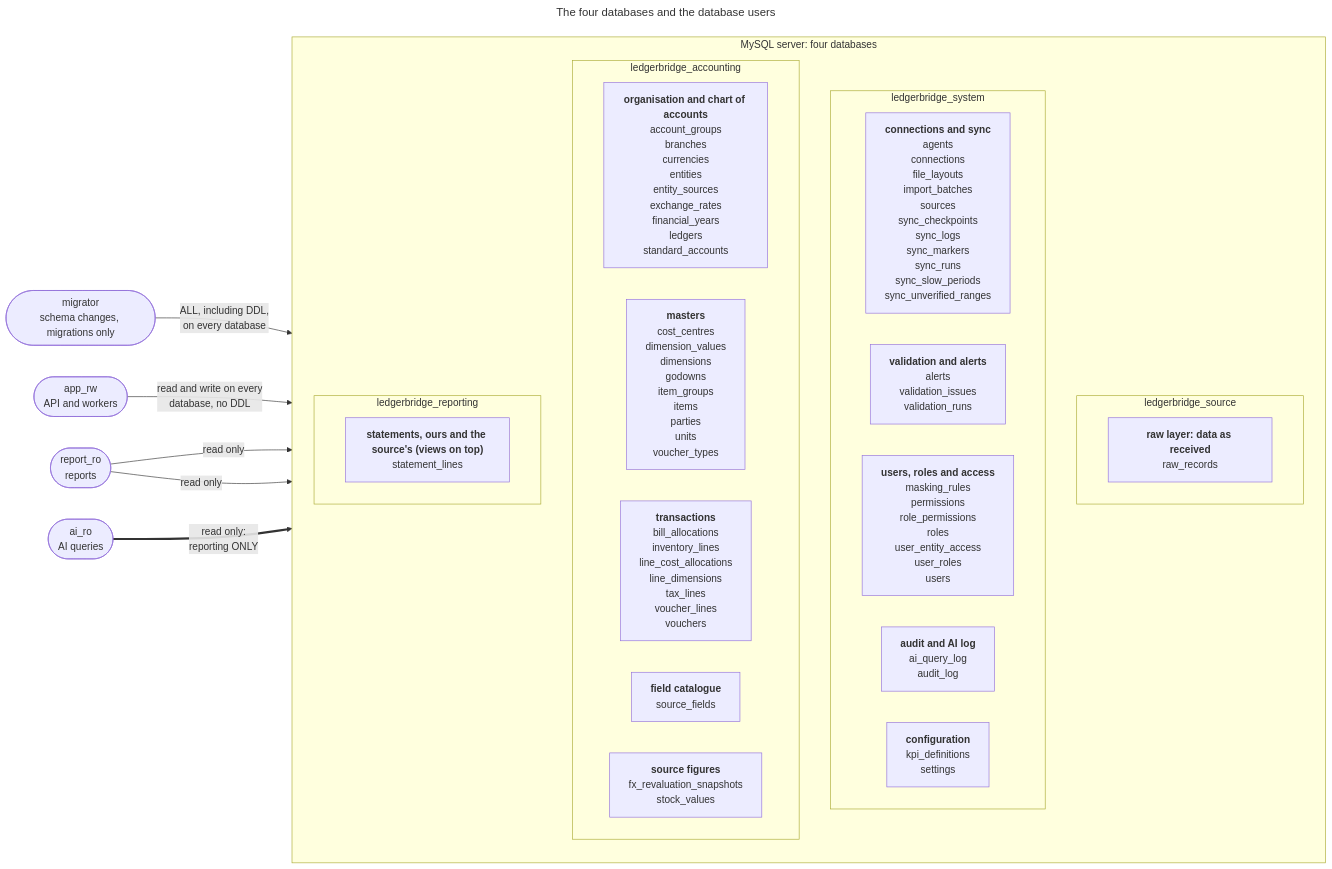
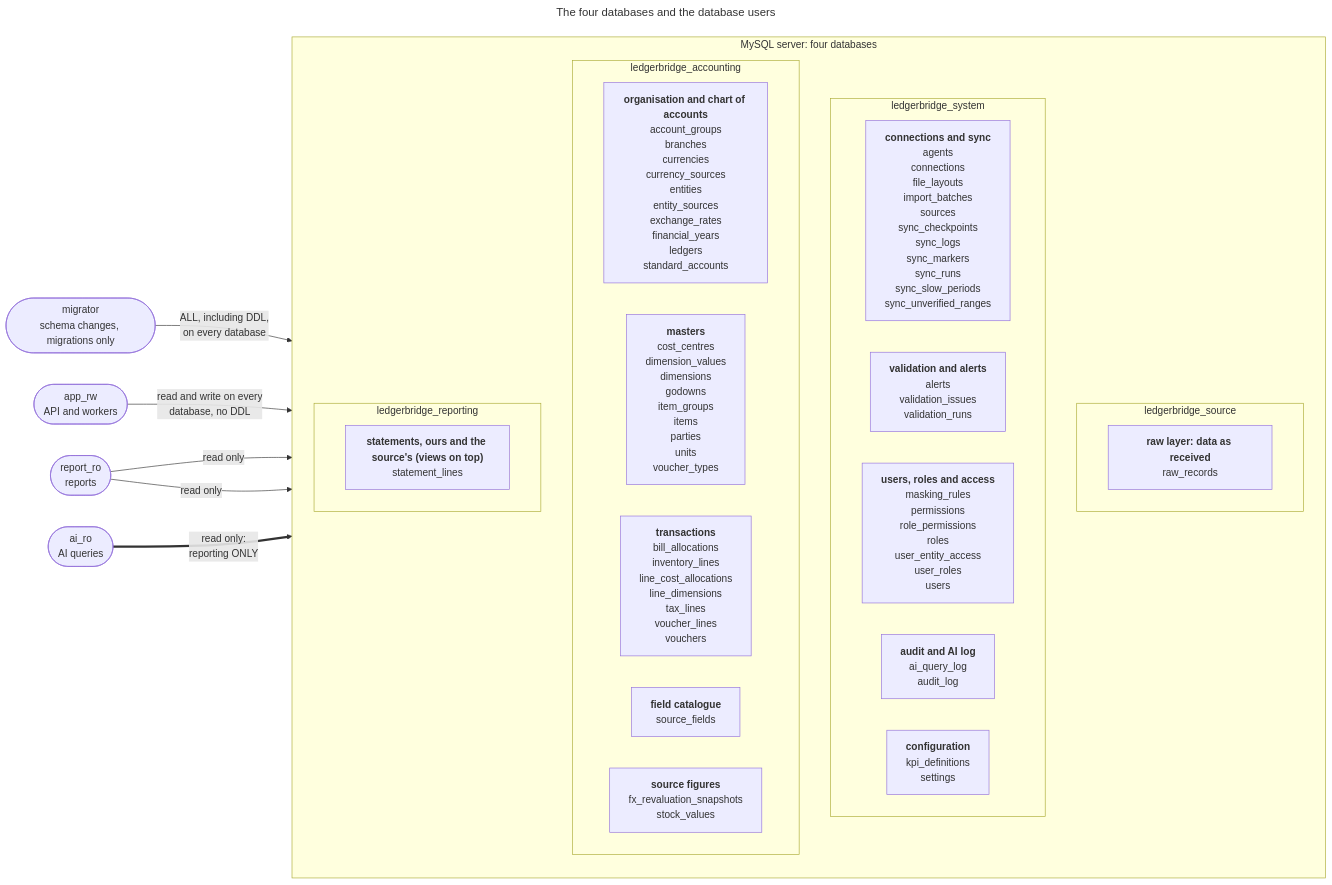
The diagram in docs/diagrams/schema-databases.mmd (empirical-logic-2026/ledgerbridge), drawn with Mermaid before and after one commit. The commit also changed 22 other files, not shown here.

```diff
--- a/docs/diagrams/schema-databases.mmd
+++ b/docs/diagrams/schema-databases.mmd
@@ -1,38 +1,38 @@
 ---
 title: "The four databases and the database users"
 ---
 %% Generated by `python -m devtools.diagrams` from core/models: don't edit by hand.
 flowchart LR
     migrator(["migrator<br/>schema changes, migrations only"])
     app_rw(["app_rw<br/>API and workers"])
     report_ro(["report_ro<br/>reports"])
     ai_ro(["ai_ro<br/>AI queries"])
     subgraph mysql["MySQL server: four databases"]
     direction TB
     subgraph ledgerbridge_source["ledgerbridge_source"]
         ledgerbridge_source_1["<b>raw layer: data as received</b><br/>raw_records"]
     end
     subgraph ledgerbridge_system["ledgerbridge_system"]
         ledgerbridge_system_1["<b>connections and sync</b><br/>agents<br/>connections<br/>file_layouts<br/>import_batches<br/>sources<br/>sync_checkpoints<br/>sync_logs<br/>sync_markers<br/>sync_runs<br/>sync_slow_periods<br/>sync_unverified_ranges"]
         ledgerbridge_system_2["<b>validation and alerts</b><br/>alerts<br/>validation_issues<br/>validation_runs"]
         ledgerbridge_system_3["<b>users, roles and access</b><br/>masking_rules<br/>permissions<br/>role_permissions<br/>roles<br/>user_entity_access<br/>user_roles<br/>users"]
         ledgerbridge_system_4["<b>audit and AI log</b><br/>ai_query_log<br/>audit_log"]
         ledgerbridge_system_5["<b>configuration</b><br/>kpi_definitions<br/>settings"]
     end
     subgraph ledgerbridge_accounting["ledgerbridge_accounting"]
-        ledgerbridge_accounting_1["<b>organisation and chart of accounts</b><br/>account_groups<br/>branches<br/>currencies<br/>entities<br/>entity_sources<br/>exchange_rates<br/>financial_years<br/>ledgers<br/>standard_accounts"]
+        ledgerbridge_accounting_1["<b>organisation and chart of accounts</b><br/>account_groups<br/>branches<br/>currencies<br/>currency_sources<br/>entities<br/>entity_sources<br/>exchange_rates<br/>financial_years<br/>ledgers<br/>standard_accounts"]
         ledgerbridge_accounting_2["<b>masters</b><br/>cost_centres<br/>dimension_values<br/>dimensions<br/>godowns<br/>item_groups<br/>items<br/>parties<br/>units<br/>voucher_types"]
         ledgerbridge_accounting_3["<b>transactions</b><br/>bill_allocations<br/>inventory_lines<br/>line_cost_allocations<br/>line_dimensions<br/>tax_lines<br/>voucher_lines<br/>vouchers"]
         ledgerbridge_accounting_4["<b>field catalogue</b><br/>source_fields"]
         ledgerbridge_accounting_5["<b>source figures</b><br/>fx_revaluation_snapshots<br/>stock_values"]
     end
     subgraph ledgerbridge_reporting["ledgerbridge_reporting"]
         ledgerbridge_reporting_1["<b>statements, ours and the source's (views on top)</b><br/>statement_lines"]
     end
     end
     migrator -->|"ALL, including DDL,<br/>on every database"| mysql
     app_rw -->|"read and write on every<br/>database, no DDL"| mysql
     report_ro -->|"read only"| ledgerbridge_accounting
     report_ro -->|"read only"| ledgerbridge_reporting
     ai_ro ==>|"read only:<br/>reporting ONLY"| ledgerbridge_reporting
     classDef planned fill:#f3f4f6,stroke:#9ca3af,stroke-dasharray:5 5,color:#4b5563
```
